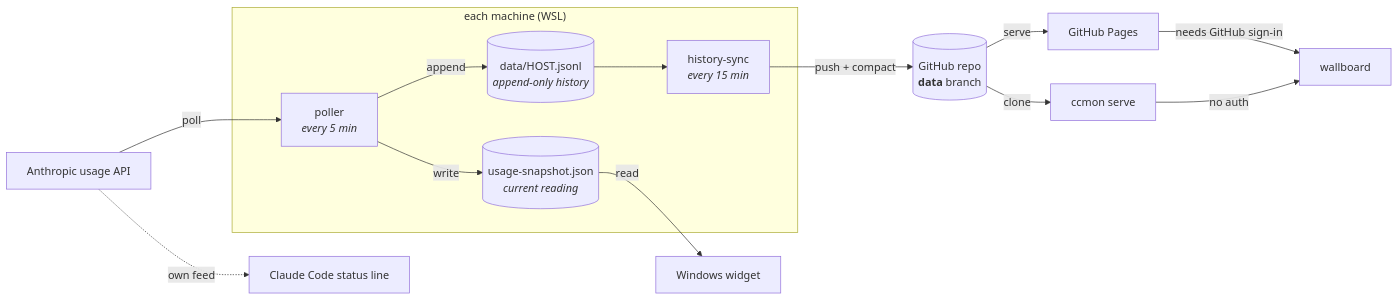
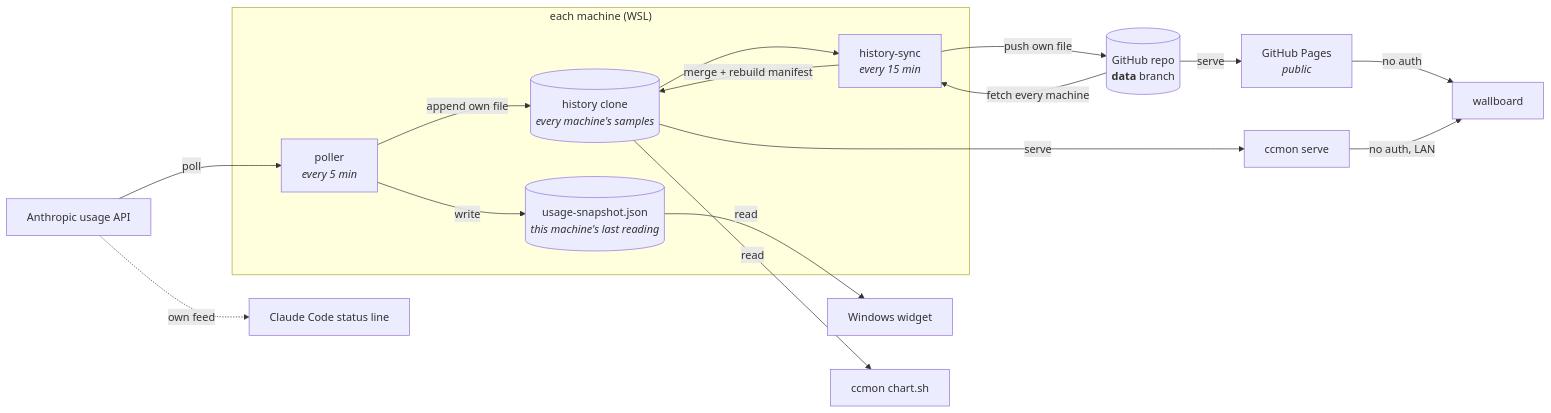
The diagram in README.md (baloise/aicon-ccmon), drawn with Mermaid before and after one commit. The commit also changed other lines of this file and 2 other files, not shown here.

Commit message:
Correct the data-flow diagram, and add an update action to the tray
The diagram showed sync as push-only, which implied each machine keeps its own
samples to itself. It does not: history-sync fetches the data branch and hard
resets onto it, preserving only this machine's two files, then rebuilds the
manifest from every machine's latest reading. The local clone therefore holds
everyone's samples, and that merged set is what chart.sh, ccmon serve and the
wallboard read. One file per machine is what makes the merge conflict-free.

The widget is genuinely the exception and the README now says so: it reads only
usage-snapshot.json, so if this machine's poller is backed off or its token has
expired it shows stale while another machine may have pushed fresher figures.

Also stale in the diagram: data/HOST.jsonl (now an opaque id), and Pages needing
a sign-in (the site is public now).

New tray entry "Update ccmon" runs ./ccmon update --yes inside WSL, so a machine
can pick up changes without opening a terminal. It needs to know where the
checkout is, so the doctor now passes --repo; RunInWsl() is shared with "Refresh
now" and shell-quotes its argument rather than interpolating it raw.

````diff
--- a/README.md
+++ b/README.md
@@ -25,30 +25,34 @@
 ```mermaid
 flowchart LR
   API["Anthropic usage API"]
 
   subgraph machine["each machine (WSL)"]
     POLL["poller<br/><i>every 5 min</i>"]
-    SNAP[("usage-snapshot.json<br/><i>current reading</i>")]
-    JSONL[("data/HOST.jsonl<br/><i>append-only history</i>")]
+    SNAP[("usage-snapshot.json<br/><i>this machine's last reading</i>")]
+    HIST[("history clone<br/><i>every machine's samples</i>")]
     SYNC["history-sync<br/><i>every 15 min</i>"]
   end
 
   WIDGET["Windows widget"]
   STATUS["Claude Code status line"]
+  CHART["ccmon chart.sh"]
   REPO[("GitHub repo<br/><b>data</b> branch")]
-  PAGES["GitHub Pages"]
+  PAGES["GitHub Pages<br/><i>public</i>"]
   SERVE["ccmon serve"]
   BOARD["wallboard"]
 
   API -->|poll| POLL
+  API -.->|"own feed"| STATUS
   POLL -->|write| SNAP
-  POLL -->|append| JSONL
+  POLL -->|"append own file"| HIST
   SNAP -->|read| WIDGET
-  API -.->|"own feed"| STATUS
-  JSONL --> SYNC
-  SYNC -->|"push + compact"| REPO
+  HIST --> SYNC
+  SYNC -->|"push own file"| REPO
+  REPO -->|"fetch every machine"| SYNC
+  SYNC -->|"merge + rebuild manifest"| HIST
+  HIST -->|read| CHART
+  HIST -->|serve| SERVE
   REPO -->|serve| PAGES
-  REPO -->|clone| SERVE
-  PAGES -->|"needs GitHub sign-in"| BOARD
-  SERVE -->|"no auth"| BOARD
+  PAGES -->|"no auth"| BOARD
+  SERVE -->|"no auth, LAN"| BOARD
 ```
````
